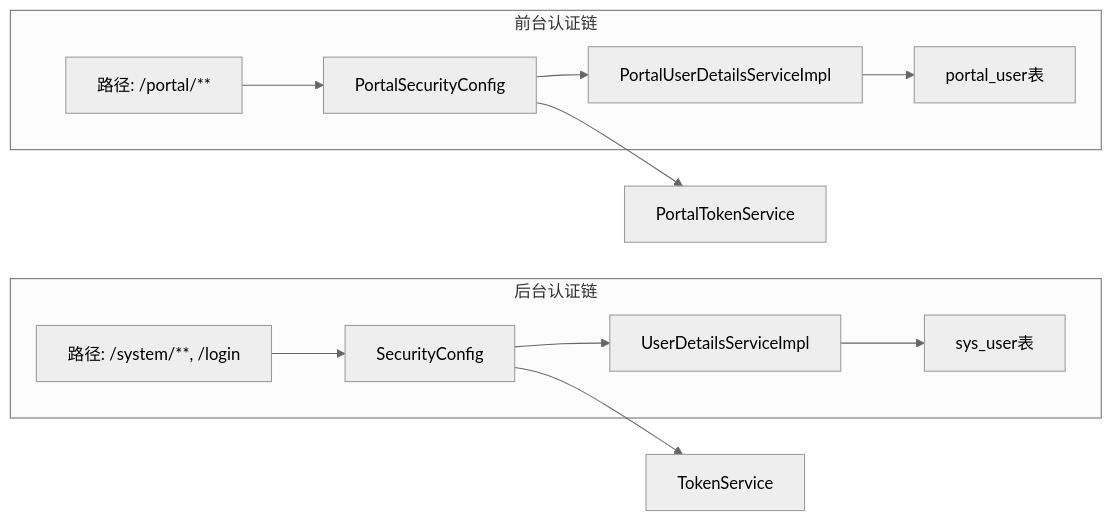
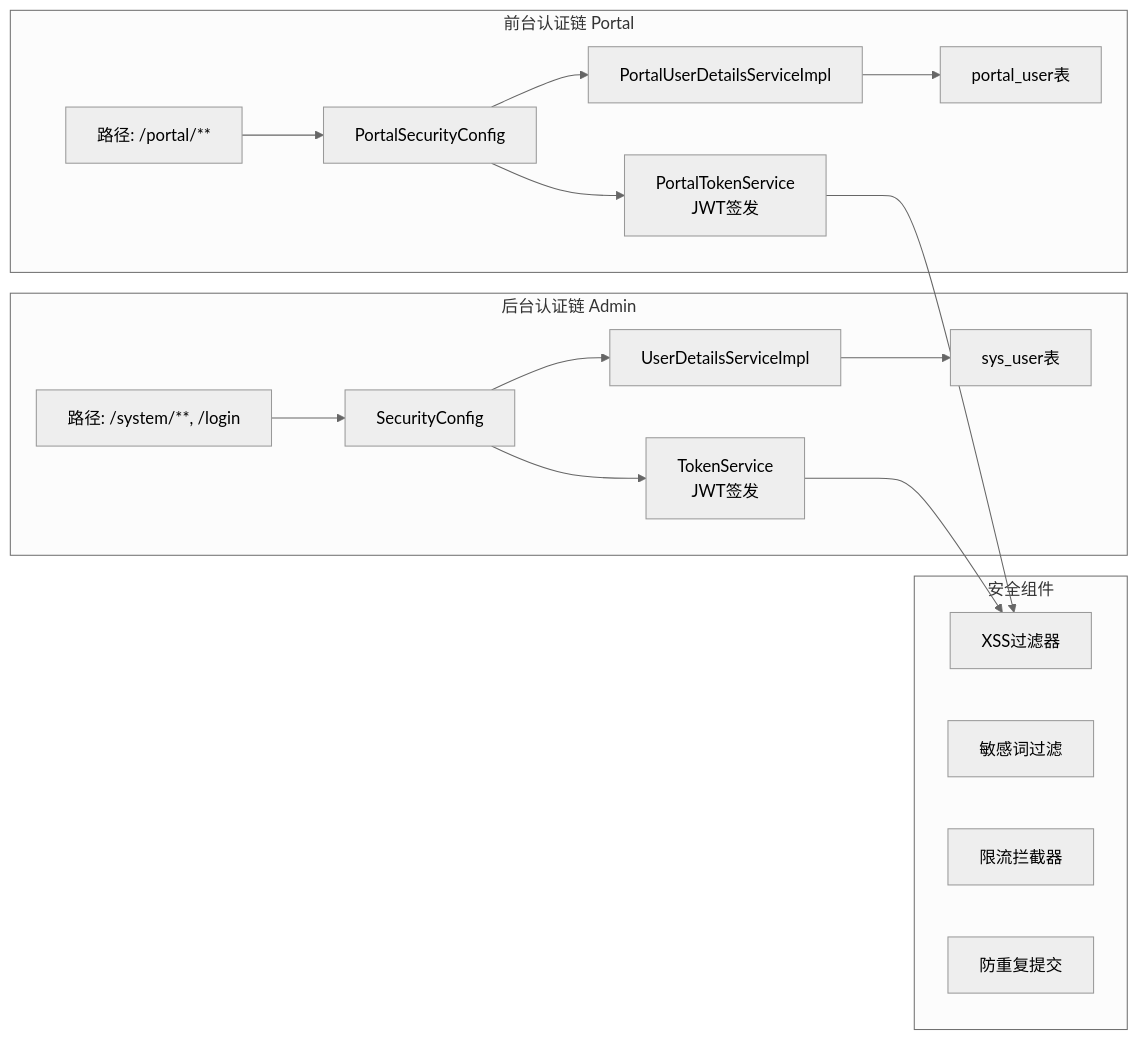
The second of 4 diagrams in docs/02_技术架构.md (zyg-allen/moyun-project-document), drawn with Mermaid (neutral theme) before and after one commit. The commit also changed other lines of this file and 58 other files, not shown here.

````diff
--- a/docs/02_技术架构.md
+++ b/docs/02_技术架构.md
@@ -239,17 +122,26 @@
 ```mermaid
 graph LR
-    subgraph 后台认证链
+    subgraph 后台认证链 Admin
         A[路径: /system/**, /login] --> B[SecurityConfig]
         B --> C[UserDetailsServiceImpl]
         C --> D[sys_user表]
+        B --> E[TokenService\nJWT签发]
     end
     
-    subgraph 前台认证链
-        E[路径: /portal/**] --> F[PortalSecurityConfig]
-        F --> G[PortalUserDetailsServiceImpl]
-        G --> H[portal_user表]
+    subgraph 前台认证链 Portal
+        F[路径: /portal/**] --> G[PortalSecurityConfig]
+        G --> H[PortalUserDetailsServiceImpl]
+        H --> I[portal_user表]
+        G --> J[PortalTokenService\nJWT签发]
     end
     
-    B --> I[TokenService]
-    F --> J[PortalTokenService]
+    subgraph 安全组件
+        K[XSS过滤器]
+        L[敏感词过滤]
+        M[限流拦截器]
+        N[防重复提交]
+    end
+    
+    E --> K
+    J --> K
 ```
````
